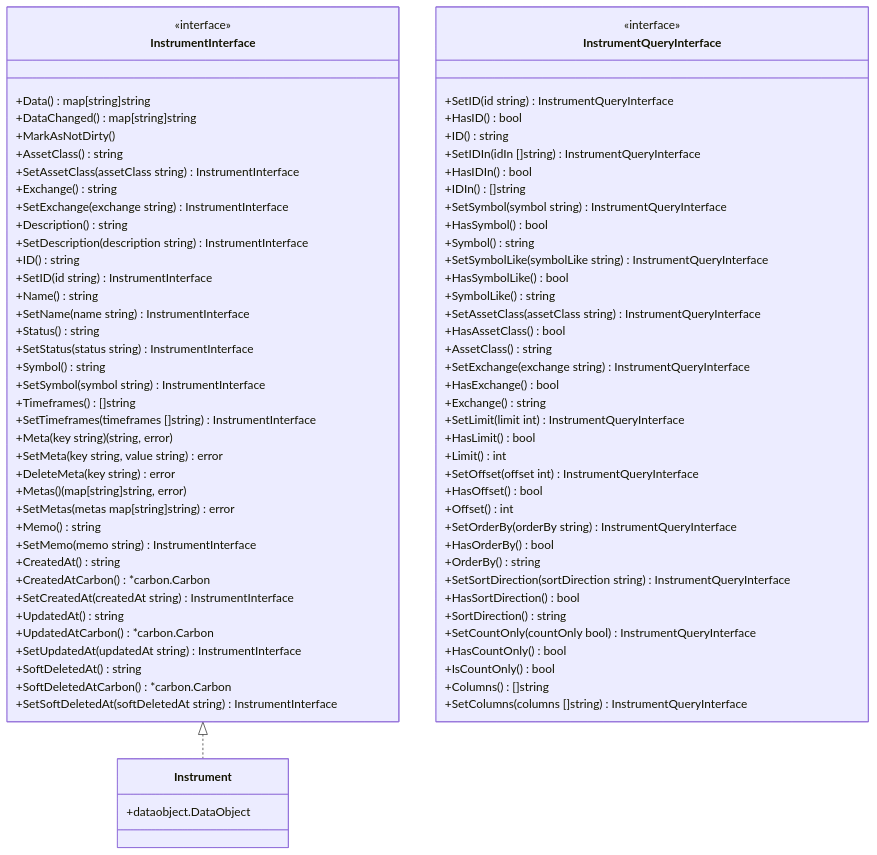
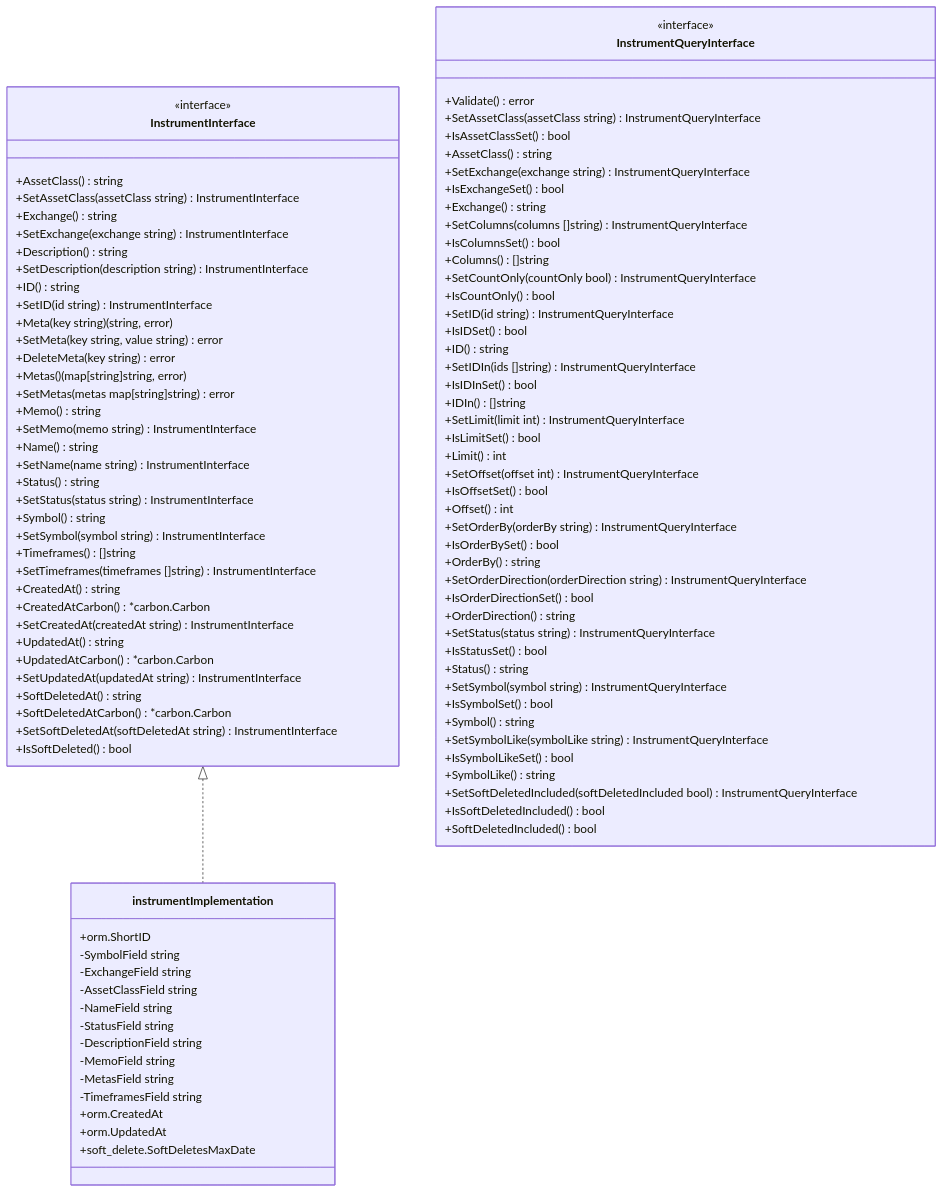
Before and after one commit to dracory/tradingstore: the third of 3 diagrams in README.md, drawn with Mermaid. The commit also changed other lines of this file and 1 other file, not shown here.

First line of the commit message:
Refactor price table creation, add instrumentToMap helper, and update README documentation

````diff
--- a/README.md
+++ b/README.md
@@ -281,9 +278,6 @@
 classDiagram
     class InstrumentInterface {
         <<interface>>
-        +Data() map[string]string
-        +DataChanged() map[string]string
-        +MarkAsNotDirty()
         +AssetClass() string
         +SetAssetClass(assetClass string) InstrumentInterface
         +Exchange() string
@@ -292,6 +286,13 @@
         +SetDescription(description string) InstrumentInterface
         +ID() string
         +SetID(id string) InstrumentInterface
+        +Meta(key string) (string, error)
+        +SetMeta(key string, value string) error
+        +DeleteMeta(key string) error
+        +Metas() (map[string]string, error)
+        +SetMetas(metas map[string]string) error
+        +Memo() string
+        +SetMemo(memo string) InstrumentInterface
         +Name() string
         +SetName(name string) InstrumentInterface
         +Status() string
@@ -300,13 +301,6 @@
         +SetSymbol(symbol string) InstrumentInterface
         +Timeframes() []string
         +SetTimeframes(timeframes []string) InstrumentInterface
-        +Meta(key string) (string, error)
-        +SetMeta(key string, value string) error
-        +DeleteMeta(key string) error
-        +Metas() (map[string]string, error)
-        +SetMetas(metas map[string]string) error
-        +Memo() string
-        +SetMemo(memo string) InstrumentInterface
         +CreatedAt() string
         +CreatedAtCarbon() *carbon.Carbon
         +SetCreatedAt(createdAt string) InstrumentInterface
@@ -316,50 +310,70 @@
         +SoftDeletedAt() string
         +SoftDeletedAtCarbon() *carbon.Carbon
         +SetSoftDeletedAt(softDeletedAt string) InstrumentInterface
+        +IsSoftDeleted() bool
     }
 
-    class Instrument {
-        +dataobject.DataObject
+    class instrumentImplementation {
+        +orm.ShortID
+        -SymbolField string
+        -ExchangeField string
+        -AssetClassField string
+        -NameField string
+        -StatusField string
+        -DescriptionField string
+        -MemoField string
+        -MetasField string
+        -TimeframesField string
+        +orm.CreatedAt
+        +orm.UpdatedAt
+        +soft_delete.SoftDeletesMaxDate
     }
 
     class InstrumentQueryInterface {
         <<interface>>
+        +Validate() error
+        +SetAssetClass(assetClass string) InstrumentQueryInterface
+        +IsAssetClassSet() bool
+        +AssetClass() string
+        +SetExchange(exchange string) InstrumentQueryInterface
+        +IsExchangeSet() bool
+        +Exchange() string
+        +SetColumns(columns []string) InstrumentQueryInterface
+        +IsColumnsSet() bool
+        +Columns() []string
+        +SetCountOnly(countOnly bool) InstrumentQueryInterface
+        +IsCountOnly() bool
         +SetID(id string) InstrumentQueryInterface
-        +HasID() bool
+        +IsIDSet() bool
         +ID() string
-        +SetIDIn(idIn []string) InstrumentQueryInterface
-        +HasIDIn() bool
+        +SetIDIn(ids []string) InstrumentQueryInterface
+        +IsIDInSet() bool
         +IDIn() []string
+        +SetLimit(limit int) InstrumentQueryInterface
+        +IsLimitSet() bool
+        +Limit() int
+        +SetOffset(offset int) InstrumentQueryInterface
+        +IsOffsetSet() bool
+        +Offset() int
+        +SetOrderBy(orderBy string) InstrumentQueryInterface
+        +IsOrderBySet() bool
+        +OrderBy() string
+        +SetOrderDirection(orderDirection string) InstrumentQueryInterface
+        +IsOrderDirectionSet() bool
+        +OrderDirection() string
+        +SetStatus(status string) InstrumentQueryInterface
+        +IsStatusSet() bool
+        +Status() string
         +SetSymbol(symbol string) InstrumentQueryInterface
-        +HasSymbol() bool
+        +IsSymbolSet() bool
         +Symbol() string
         +SetSymbolLike(symbolLike string) InstrumentQueryInterface
-        +HasSymbolLike() bool
+        +IsSymbolLikeSet() bool
         +SymbolLike() string
-        +SetAssetClass(assetClass string) InstrumentQueryInterface
-        +HasAssetClass() bool
-        +AssetClass() string
-        +SetExchange(exchange string) InstrumentQueryInterface
-        +HasExchange() bool
-        +Exchange() string
-        +SetLimit(limit int) InstrumentQueryInterface
-        +HasLimit() bool
-        +Limit() int
-        +SetOffset(offset int) InstrumentQueryInterface
-        +HasOffset() bool
-        +Offset() int
-        +SetOrderBy(orderBy string) InstrumentQueryInterface
-        +HasOrderBy() bool
-        +OrderBy() string
-        +SetSortDirection(sortDirection string) InstrumentQueryInterface
-        +HasSortDirection() bool
-        +SortDirection() string
-        +SetCountOnly(countOnly bool) InstrumentQueryInterface
-        +HasCountOnly() bool
-        +IsCountOnly() bool
-        +Columns() []string
-        +SetColumns(columns []string) InstrumentQueryInterface
+        +SetSoftDeletedIncluded(softDeletedIncluded bool) InstrumentQueryInterface
+        +IsSoftDeletedIncluded() bool
+        +SoftDeletedIncluded() bool
     }
 
-    InstrumentInterface <|.. Instrument
+    InstrumentInterface <|.. instrumentImplementation
 ```
````
